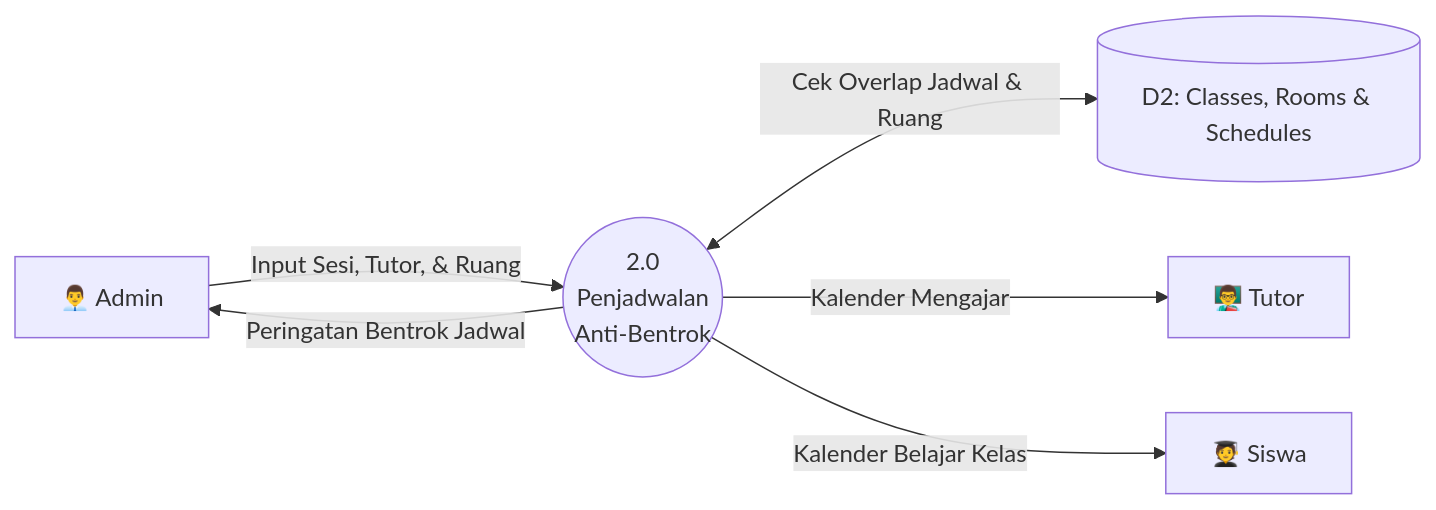
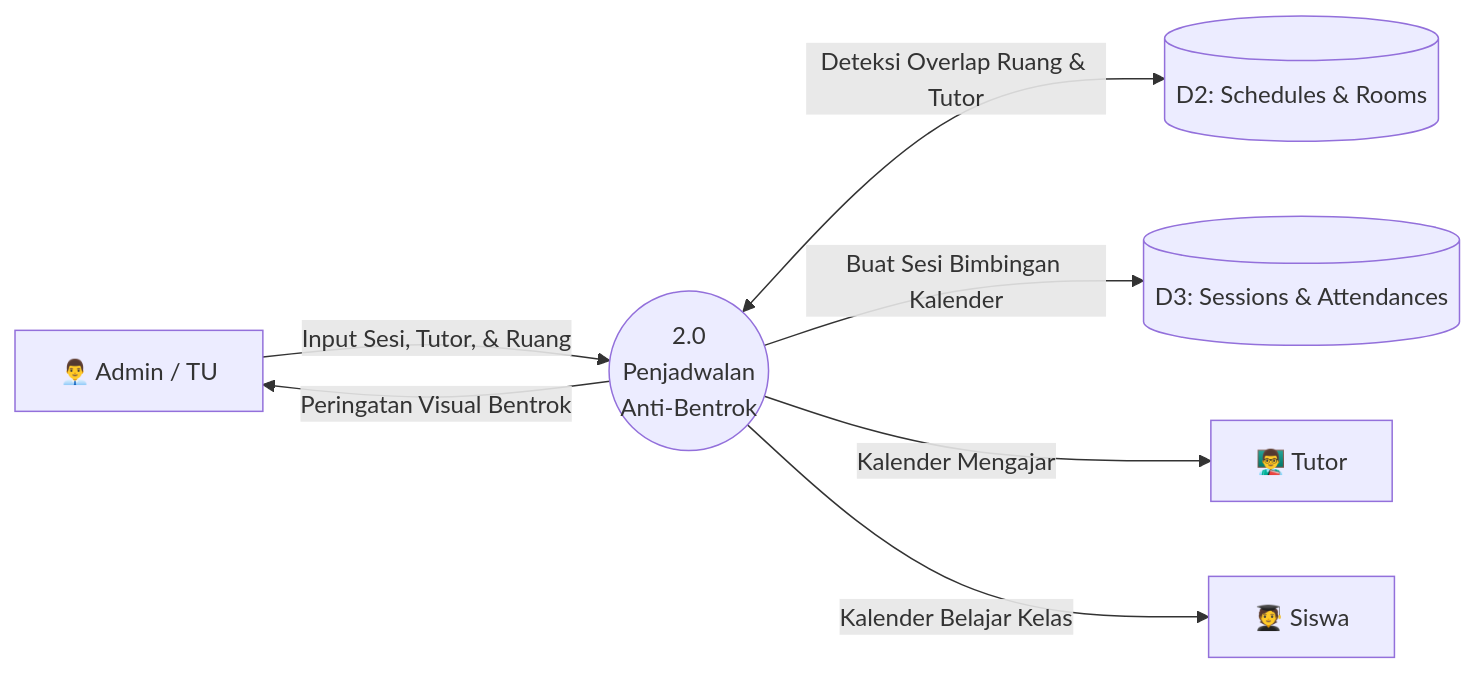
The third of 6 diagrams in dfd/dfd_level_1.md (mohyusfi/bimbel-rpl), drawn with Mermaid before and after one commit. The commit also changed other lines of this file and 30 other files, not shown here.

````diff
--- a/dfd/dfd_level_1.md
+++ b/dfd/dfd_level_1.md
@@ -71,8 +86,9 @@
 ```mermaid
 flowchart LR
-    Admin["👨‍💼 Admin"] -->|"Input Sesi, Tutor, & Ruang"| P2(("2.0<br/>Penjadwalan<br/>Anti-Bentrok"))
-    P2 <-->|"Cek Overlap Jadwal & Ruang"| D2[("D2: Classes, Rooms & Schedules")]
-    P2 -->|"Peringatan Bentrok Jadwal"| Admin
+    Admin["👨‍💼 Admin / TU"] -->|"Input Sesi, Tutor, & Ruang"| P2(("2.0<br/>Penjadwalan<br/>Anti-Bentrok"))
+    P2 <-->|"Deteksi Overlap Ruang & Tutor"| D2[("D2: Schedules & Rooms")]
+    P2 -->|"Buat Sesi Bimbingan Kalender"| D3[("D3: Sessions & Attendances")]
+    P2 -->|"Peringatan Visual Bentrok"| Admin
     P2 -->|"Kalender Mengajar"| Tutor["👨‍🏫 Tutor"]
     P2 -->|"Kalender Belajar Kelas"| Siswa["🧑‍🎓 Siswa"]
 ```
````
